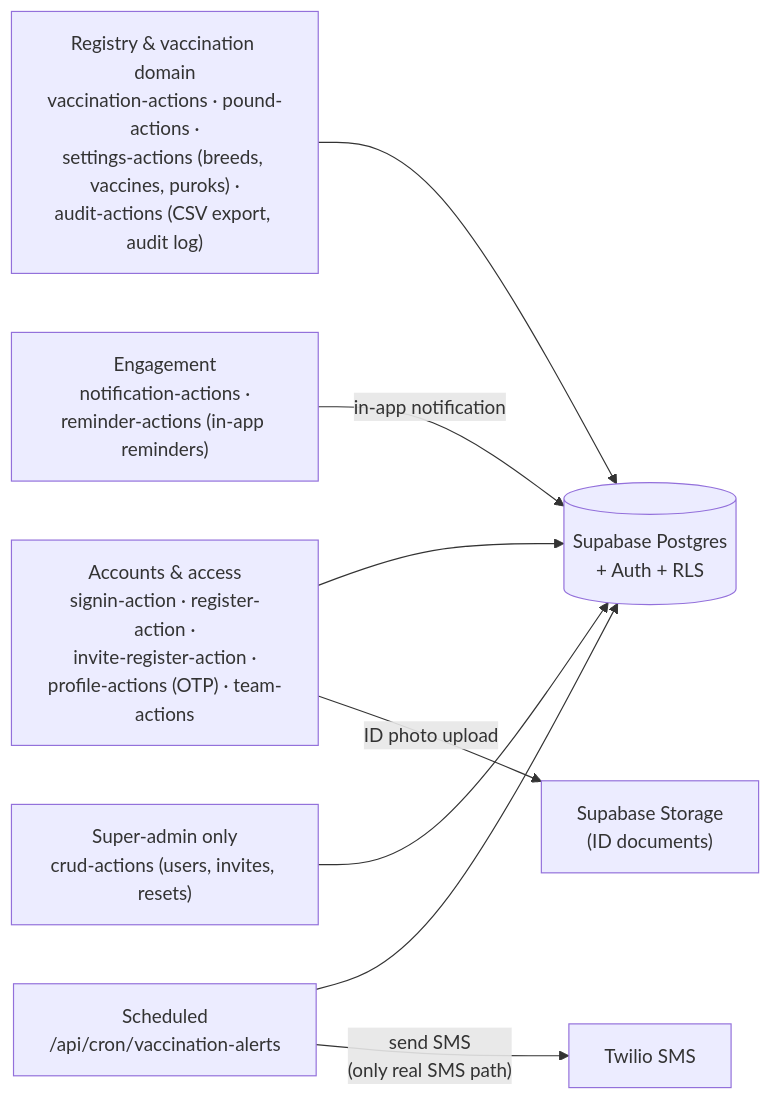
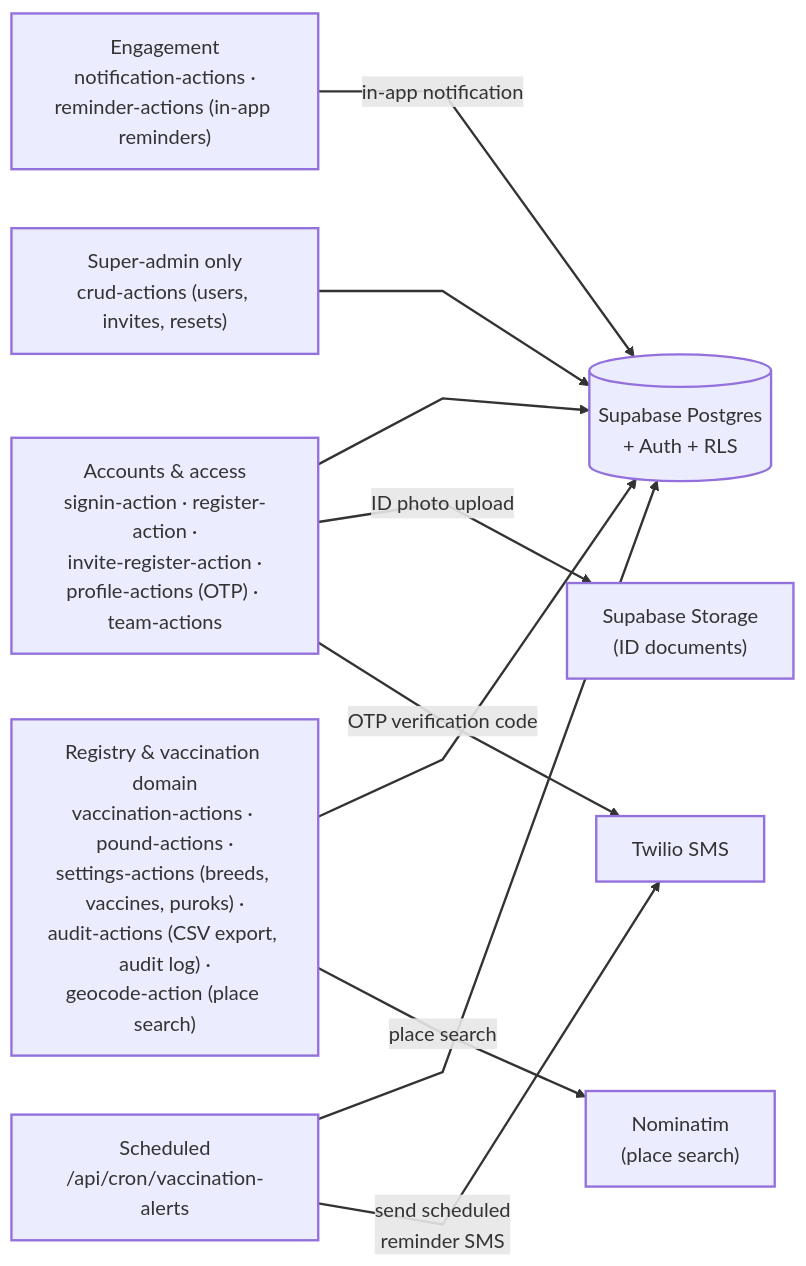
One commit to kiniakoangaccount/vaccitrack-capstone changed the fourth of 8 diagrams in DIAGRAMS.md. Above: the diagram before and after it, drawn with Mermaid. The commit also changed other lines of this file and 8 other files, not shown here.

First line of the commit message:
Fix SMS-path inconsistency in system diagrams, add geocoding integration, render diagram screenshots

````diff
--- a/DIAGRAMS.md
+++ b/DIAGRAMS.md
@@ -79,20 +92,27 @@
 ```mermaid
+%%{init: {'flowchart': {'curve': 'linear'}, 'themeVariables': {'fontSize': '17px'}}}%%
 flowchart LR
+  classDef default stroke-width:2px;
+
   ACCT["Accounts & access<br/>signin-action · register-action ·<br/>invite-register-action ·<br/>profile-actions (OTP) · team-actions"]
-  DOMAIN["Registry & vaccination domain<br/>vaccination-actions · pound-actions ·<br/>settings-actions (breeds, vaccines, puroks) ·<br/>audit-actions (CSV export, audit log)"]
+  DOMAIN["Registry & vaccination domain<br/>vaccination-actions · pound-actions ·<br/>settings-actions (breeds, vaccines, puroks) ·<br/>audit-actions (CSV export, audit log) ·<br/>geocode-action (place search)"]
   ENGAGE["Engagement<br/>notification-actions ·<br/>reminder-actions (in-app reminders)"]
   ADMIN["Super-admin only<br/>crud-actions (users, invites, resets)"]
   CRONJOB["Scheduled<br/>/api/cron/vaccination-alerts"]
 
   DB[("Supabase Postgres<br/>+ Auth + RLS")]
   STORE["Supabase Storage<br/>(ID documents)"]
   SMS["Twilio SMS"]
+  GEO["Nominatim<br/>(place search)"]
 
   ACCT --> DB
   ACCT -- "ID photo upload" --> STORE
+  ACCT -- "OTP verification code" --> SMS
   DOMAIN --> DB
+  DOMAIN -- "place search" --> GEO
   ENGAGE -- "in-app notification" --> DB
   ADMIN --> DB
   CRONJOB --> DB
-  CRONJOB -- "send SMS<br/>(only real SMS path)" --> SMS
+  CRONJOB -- "send scheduled<br/>reminder SMS" --> SMS
+  linkStyle default stroke-width:2px;
 ```
````
